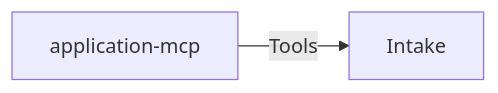
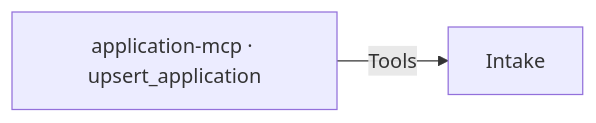
One commit to vmleon/oracle-database-private-agent-factory-poc changed diagram 13 of 21 in paf/flows/CHAT_FLOW.md. Above: the diagram before and after it, drawn with Mermaid. The commit also changed other lines of this file and 21 other files, not shown here.

````diff
--- a/paf/flows/CHAT_FLOW.md
+++ b/paf/flows/CHAT_FLOW.md
@@ -373,4 +373,4 @@
 ```mermaid
 flowchart LR
-    AM["application-mcp"] -->|Tools| SI["Intake"]
+    AM["application-mcp · upsert_application"] -->|Tools| SI["Intake"]
 ```
````
